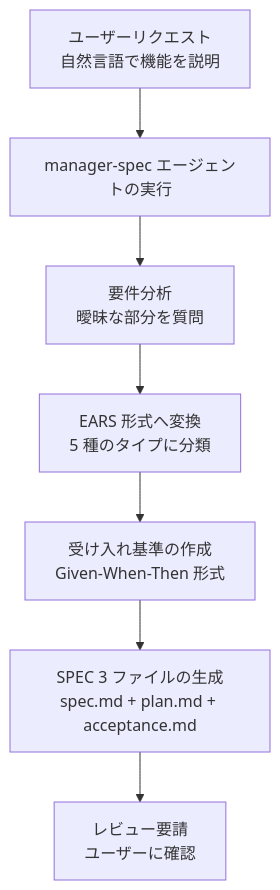
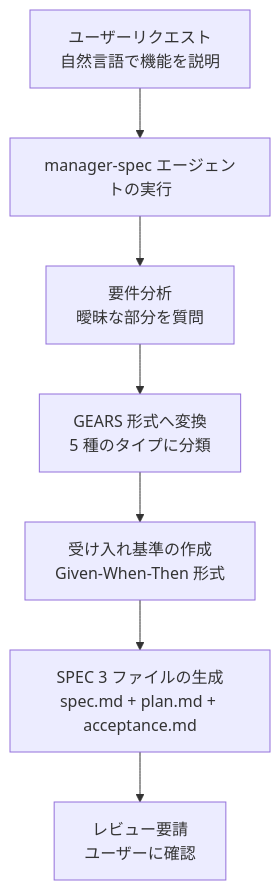
Before and after one commit to modu-ai/moai-adk: the fourth of 5 diagrams in docs-site/content/ja/core-concepts/spec-based-dev.md, drawn with Mermaid. The commit also changed other lines of this file and 23 other files, not shown here.

````diff
--- a/docs-site/content/ja/core-concepts/spec-based-dev.md
+++ b/docs-site/content/ja/core-concepts/spec-based-dev.md
@@ -354,9 +356,9 @@
 ```mermaid
 flowchart TD
     A["ユーザーリクエスト\n自然言語で機能を説明"] --> B["manager-spec エージェントの実行"]
     B --> C["要件分析\n曖昧な部分を質問"]
-    C --> D["EARS 形式へ変換\n5 種のタイプに分類"]
+    C --> D["GEARS 形式へ変換\n5 種のタイプに分類"]
     D --> E["受け入れ基準の作成\nGiven-When-Then 形式"]
     E --> F["SPEC 3 ファイルの生成\nspec.md + plan.md + acceptance.md"]
     F --> G["レビュー要請\nユーザーに確認"]
 ```
````
